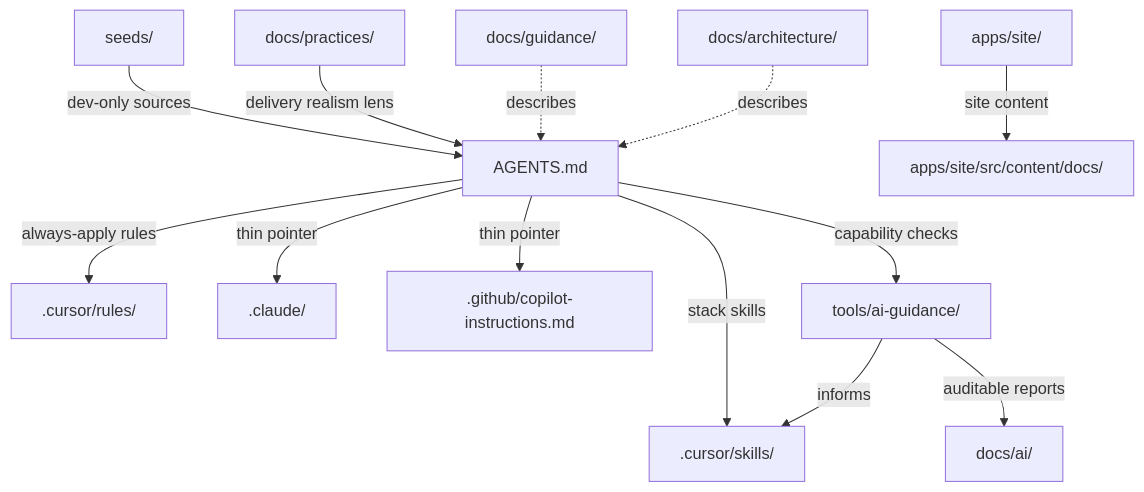
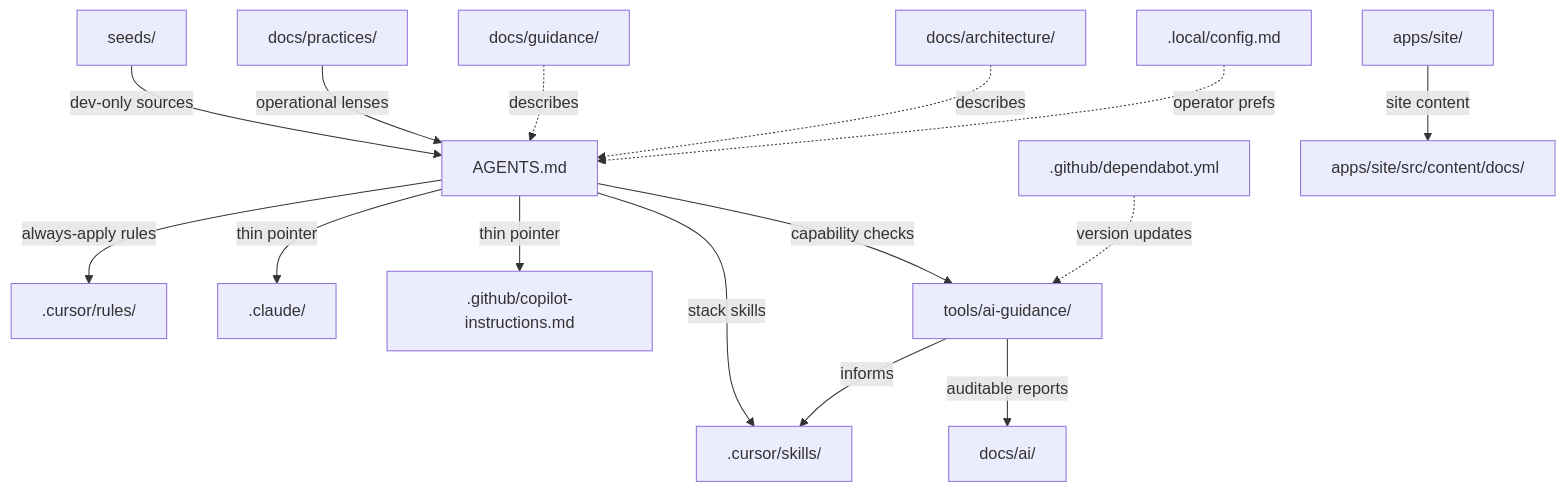
One commit to Mikeys-Tech-Lab/poc changed the diagram in docs/architecture/workspace.md. Above: the diagram before and after it, drawn with Mermaid. The commit also changed other lines of this file and 1 other file, not shown here.

First line of the commit message:
docs(ai): update PR template and workspace diagram to match current repo state

````diff
--- a/docs/architecture/workspace.md
+++ b/docs/architecture/workspace.md
@@ -23,19 +23,22 @@
 ```mermaid
 flowchart TD
   Seeds[seeds/] -->|"dev-only sources"| Agents[AGENTS.md]
-  Lens["docs/practices/"] -->|"delivery realism lens"| Agents
+  Practices["docs/practices/"] -->|"operational lenses"| Agents
 
   Agents -->|"always-apply rules"| CursorRules[.cursor/rules/]
   Agents -->|"stack skills"| CursorSkills[.cursor/skills/]
   Agents -->|"thin pointer"| Claude[.claude/]
   Agents -->|"thin pointer"| Copilot[.github/copilot-instructions.md]
 
   Agents -->|"capability checks"| Tooling[tools/ai-guidance/]
   Tooling -->|"auditable reports"| DocsAI[docs/ai/]
   Tooling -->|"informs"| CursorSkills
 
   Guidance[docs/guidance/] -.->|"describes"| Agents
   Architecture[docs/architecture/] -.->|"describes"| Agents
 
+  LocalConfig[".local/config.md"] -.->|"operator prefs"| Agents
+  Dependabot[".github/dependabot.yml"] -.->|"version updates"| Tooling
+
   AstroSite[apps/site/] -->|"site content"| SiteDocs["apps/site/src/content/docs/"]
 ```
````
